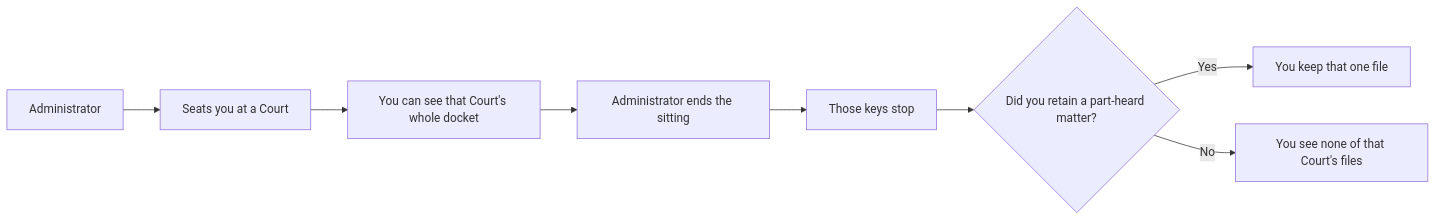
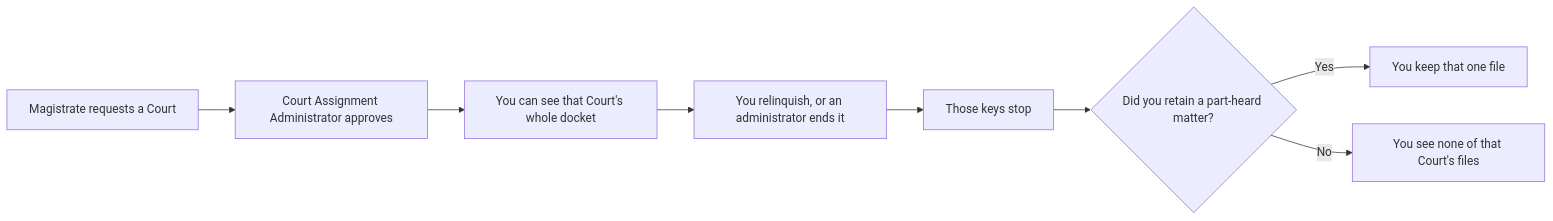
Before and after one commit to Ibnzyhad1994/Magistrate-Wizard: the diagram in docs/workflows-layman/02-court-assignment.md, drawn with Mermaid. The commit also changed other lines of this file and 5 other files, not shown here.

````diff
--- a/docs/workflows-layman/02-court-assignment.md
+++ b/docs/workflows-layman/02-court-assignment.md
@@ -13,10 +13,10 @@
 ```mermaid
 flowchart LR
-    Admin[Administrator] --> Assign[Seats you at a Court]
-    Assign --> Keys[You can see that Court's whole docket]
-    Keys --> End[Administrator ends the sitting]
+    Request[Magistrate requests a Court] --> Approve[Court Assignment Administrator approves]
+    Approve --> Keys[You can see that Court's whole docket]
+    Keys --> End[You relinquish, or an administrator ends it]
     End --> Lost[Those keys stop]
     Lost --> Keep{Did you retain a part-heard matter?}
     Keep -->|Yes| One[You keep that one file]
     Keep -->|No| None[You see none of that Court's files]
 ```
````
